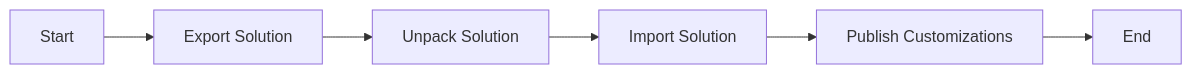
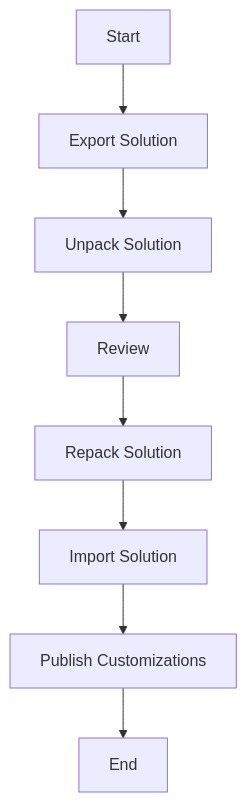
The diagram in README.md (mightora/Power-Platform-Dataverse4Teams-Tools), drawn with Mermaid before and after one commit. The commit also changed other lines of this file and 35 other files, not shown here.

````diff
--- a/README.md
+++ b/README.md
@@ -35,8 +96,10 @@
 ```mermaid
-graph LR
+graph TD
     A[Start] --> B[Export Solution]
     B --> C[Unpack Solution]
-    C --> D[Import Solution]
-    D --> E[Publish Customizations]
-    E --> F[End]
+    C --> D[Review]
+    D --> E[Repack Solution]
+    E --> F[Import Solution]
+    F --> G[Publish Customizations]
+    G --> H[End]
 ```
````
